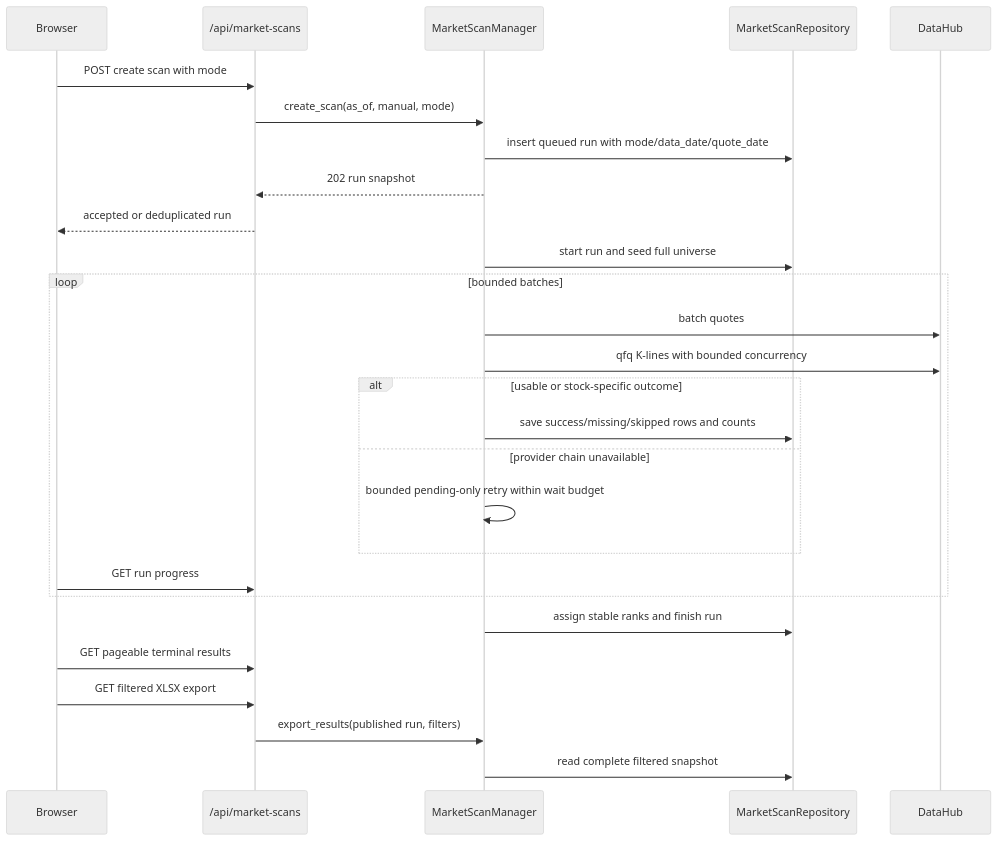
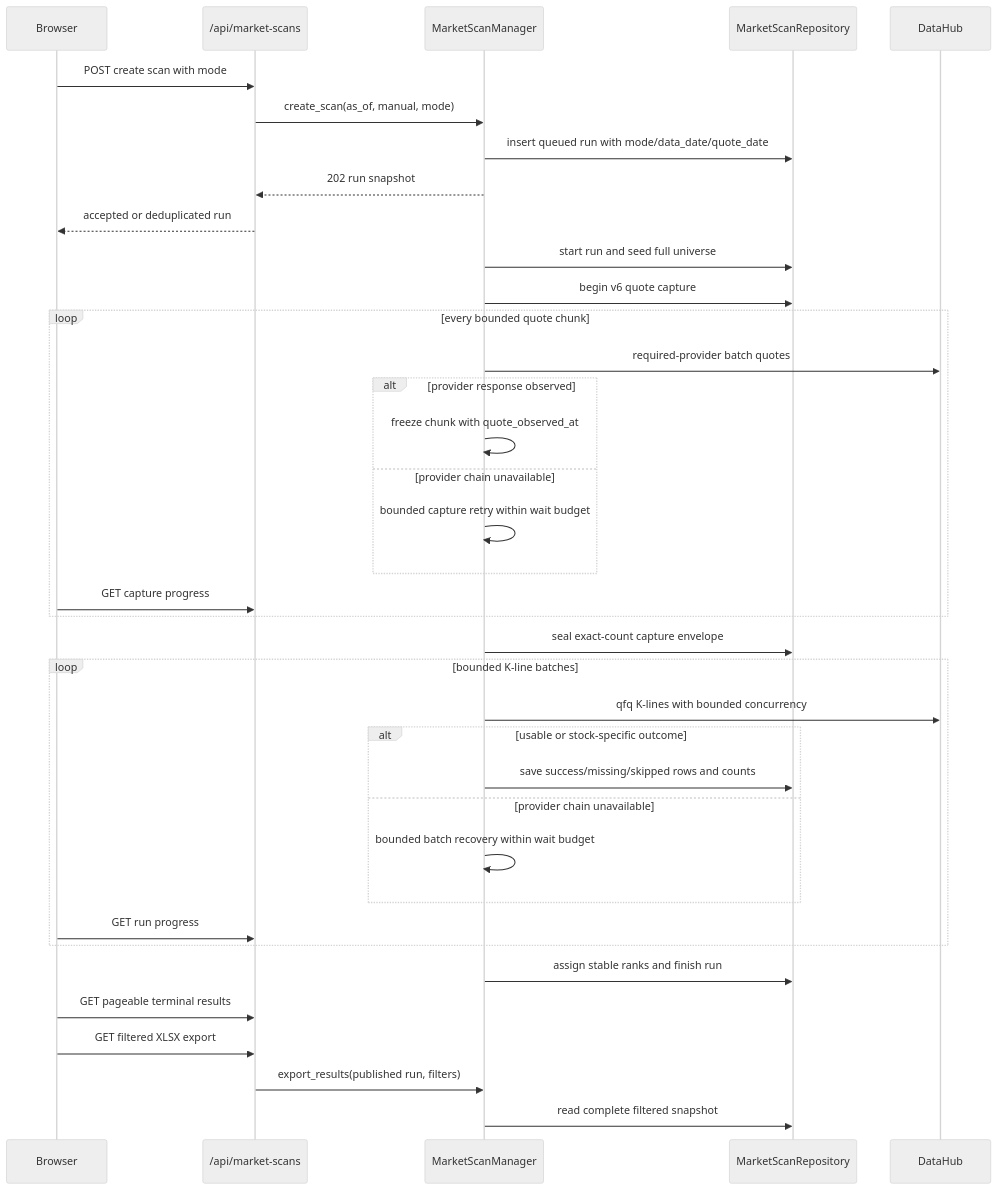
One commit to lizhenlab/AShareRadar changed the third of 4 diagrams in docs/DESIGN.md. Above: the diagram before and after it, drawn with Mermaid (neutral theme). The commit also changed other lines of this file and 180 other files, not shown here.

````diff
--- a/docs/DESIGN.md
+++ b/docs/DESIGN.md
@@ -114,29 +114,39 @@
 ```mermaid
 sequenceDiagram
   participant UI as Browser
   participant API as /api/market-scans
   participant M as MarketScanManager
   participant DB as MarketScanRepository
   participant DH as DataHub
   UI->>API: POST create scan with mode
   API->>M: create_scan(as_of, manual, mode)
   M->>DB: insert queued run with mode/data_date/quote_date
   M-->>API: 202 run snapshot
   API-->>UI: accepted or deduplicated run
   M->>DB: start run and seed full universe
-  loop bounded batches
-    M->>DH: batch quotes
+  M->>DB: begin v6 quote capture
+  loop every bounded quote chunk
+    M->>DH: required-provider batch quotes
+    alt provider response observed
+      M->>M: freeze chunk with quote_observed_at
+    else provider chain unavailable
+      M->>M: bounded capture retry within wait budget
+    end
+    UI->>API: GET capture progress
+  end
+  M->>DB: seal exact-count capture envelope
+  loop bounded K-line batches
     M->>DH: qfq K-lines with bounded concurrency
     alt usable or stock-specific outcome
       M->>DB: save success/missing/skipped rows and counts
     else provider chain unavailable
-      M->>M: bounded pending-only retry within wait budget
+      M->>M: bounded batch recovery within wait budget
     end
     UI->>API: GET run progress
   end
   M->>DB: assign stable ranks and finish run
   UI->>API: GET pageable terminal results
   UI->>API: GET filtered XLSX export
   API->>M: export_results(published run, filters)
   M->>DB: read complete filtered snapshot
 ```
````
